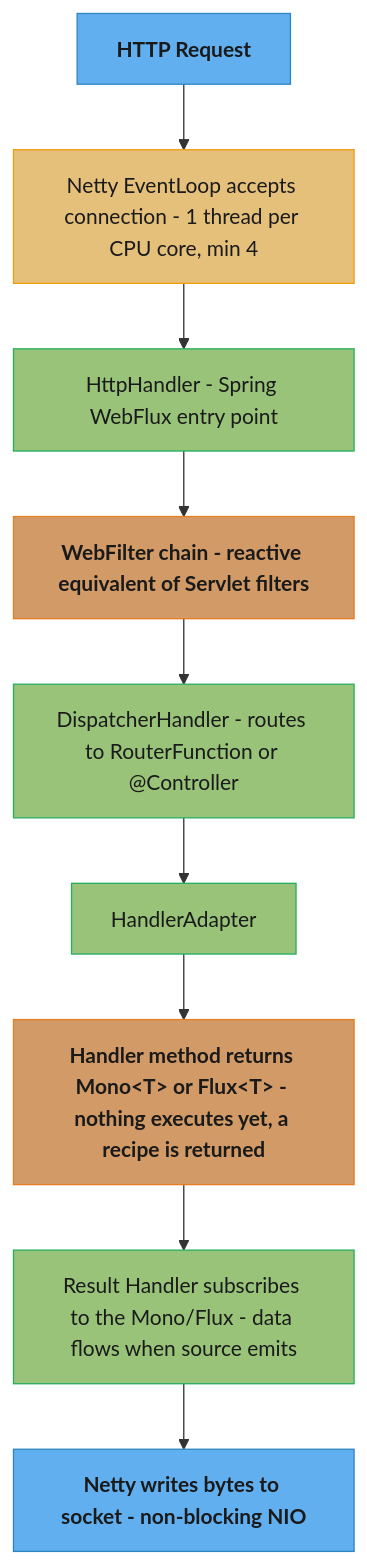
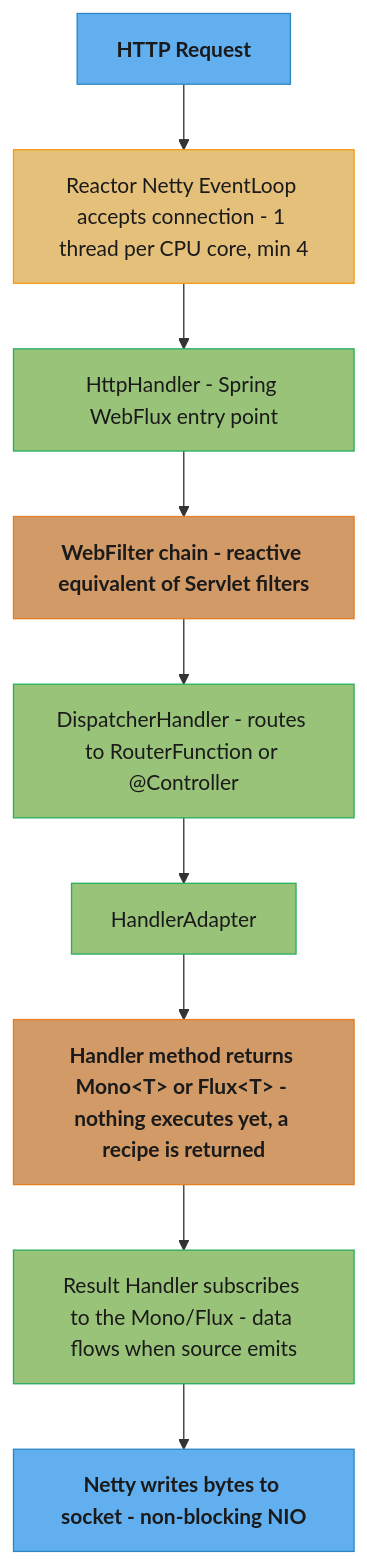
One commit to rppol/system-design changed the fourth of 6 diagrams in src/main/java/com/rutik/systemdesign/spring/spring_webflux/README.md. Above: the diagram before and after it, drawn with Mermaid. The commit also changed other lines of this file and 8 other files, not shown here.

````diff
--- a/src/main/java/com/rutik/systemdesign/spring/spring_webflux/README.md
+++ b/src/main/java/com/rutik/systemdesign/spring/spring_webflux/README.md
@@ -270,26 +270,26 @@
 ```mermaid
 flowchart TD
     classDef io      fill:#61afef,stroke:#2e86c1,color:#1a1a1a,font-weight:bold
     classDef base    fill:#e5c07b,stroke:#f39c12,color:#1a1a1a
     classDef train   fill:#98c379,stroke:#27ae60,color:#1a1a1a
     classDef mathOp  fill:#d19a66,stroke:#e67e22,color:#1a1a1a,font-weight:bold
 
-    A["HTTP Request"] --> B["Netty EventLoop accepts connection - 1 thread per CPU core, min 4"]
+    A["HTTP Request"] --> B["Reactor Netty EventLoop accepts connection - 1 thread per CPU core, min 4"]
     B --> C["HttpHandler - Spring WebFlux entry point"]
     C --> D["WebFilter chain - reactive equivalent of Servlet filters"]
     D --> E["DispatcherHandler - routes to RouterFunction or @Controller"]
     E --> F["HandlerAdapter"]
     F --> G["Handler method returns Mono&lt;T&gt; or Flux&lt;T&gt; - nothing executes yet, a recipe is returned"]
     G --> H["Result Handler subscribes to the Mono/Flux - data flows when source emits"]
     H --> I["Netty writes bytes to socket - non-blocking NIO"]
 
     class A io
     class B base
     class C train
     class D mathOp
     class E train
     class F train
     class G mathOp
     class H train
     class I io
 ```
````
